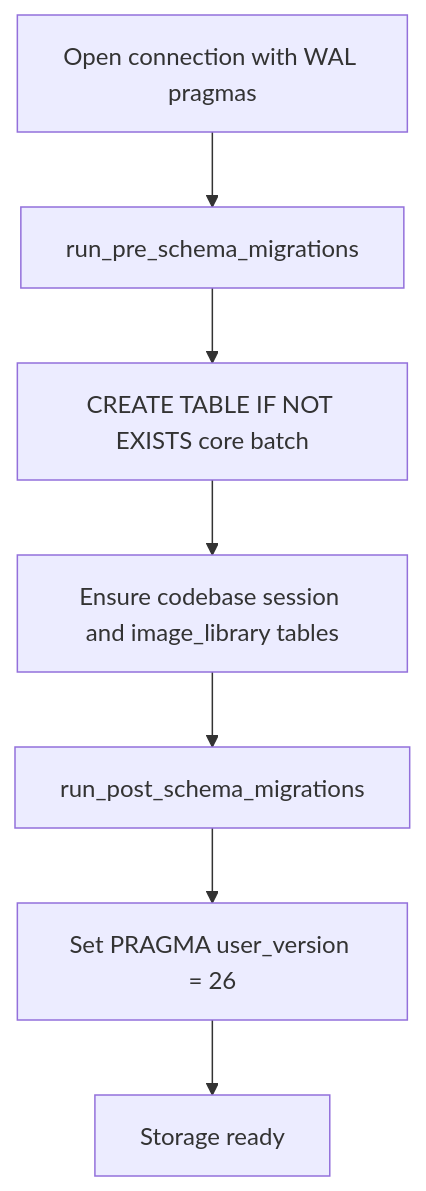
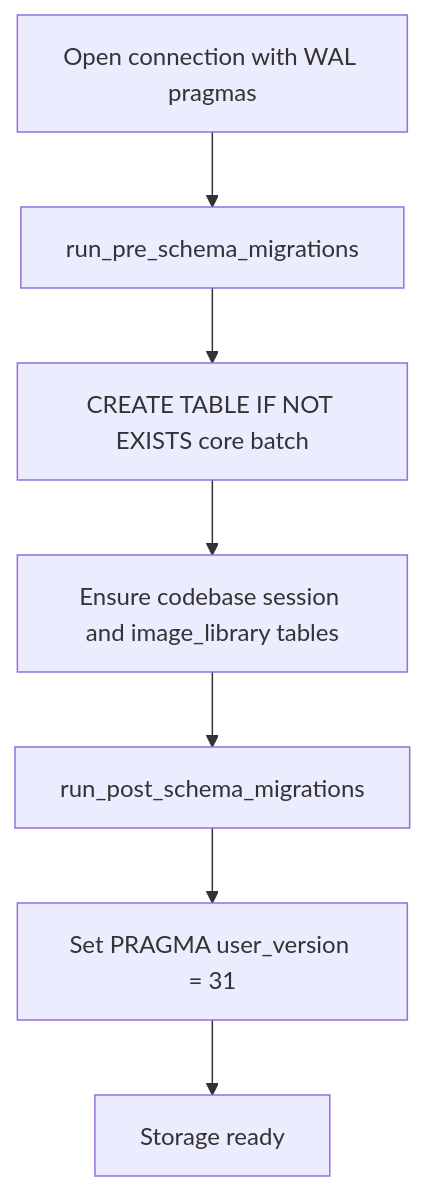
One commit to BaSui01/snow-app changed the second of 6 diagrams in docs/en/4-architecture-and-development/5-storage-migration-backup-and-recovery.md. Above: the diagram before and after it, drawn with Mermaid. The commit also changed other lines of this file and 49 other files, not shown here.

````diff
--- a/docs/en/4-architecture-and-development/5-storage-migration-backup-and-recovery.md
+++ b/docs/en/4-architecture-and-development/5-storage-migration-backup-and-recovery.md
@@ -62,12 +62,12 @@
 ```mermaid
 flowchart TD
     open["Open connection with WAL pragmas"]
     pre["run_pre_schema_migrations"]
     core["CREATE TABLE IF NOT EXISTS core batch"]
     aux["Ensure codebase session and image_library tables"]
     post["run_post_schema_migrations"]
-    version["Set PRAGMA user_version = 26"]
+    version["Set PRAGMA user_version = 31"]
     ready["Storage ready"]
 
     open --> pre --> core --> aux --> post --> version --> ready
 ```
````
